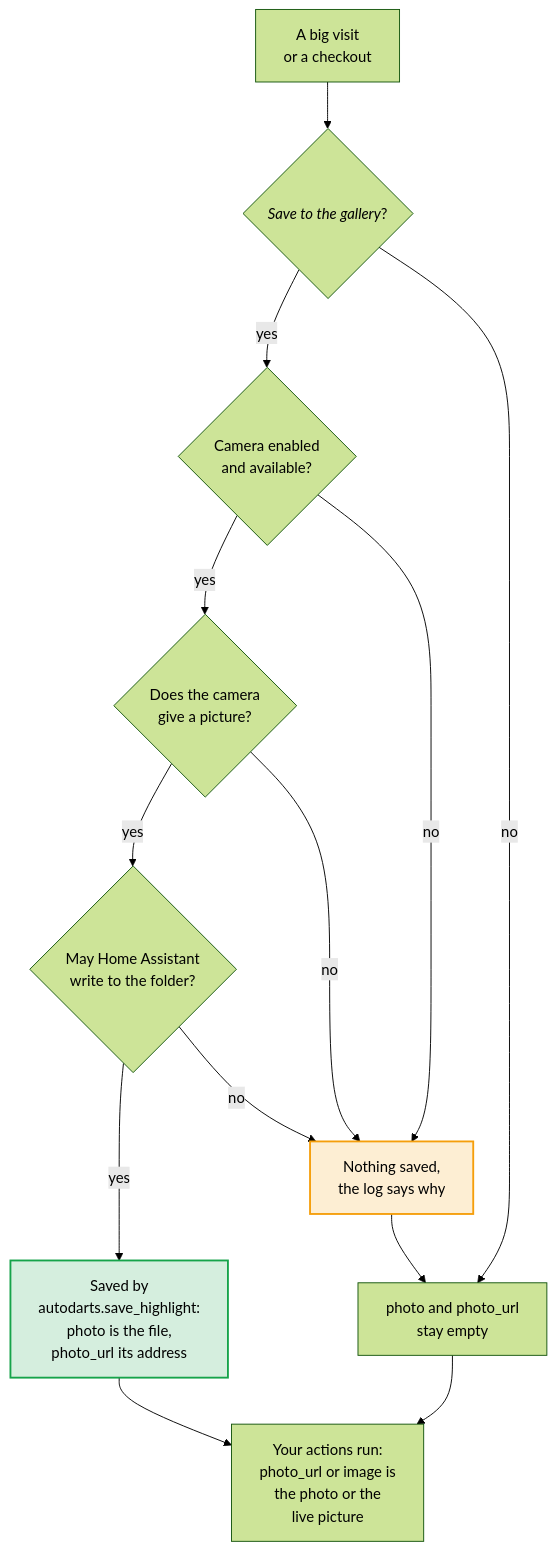
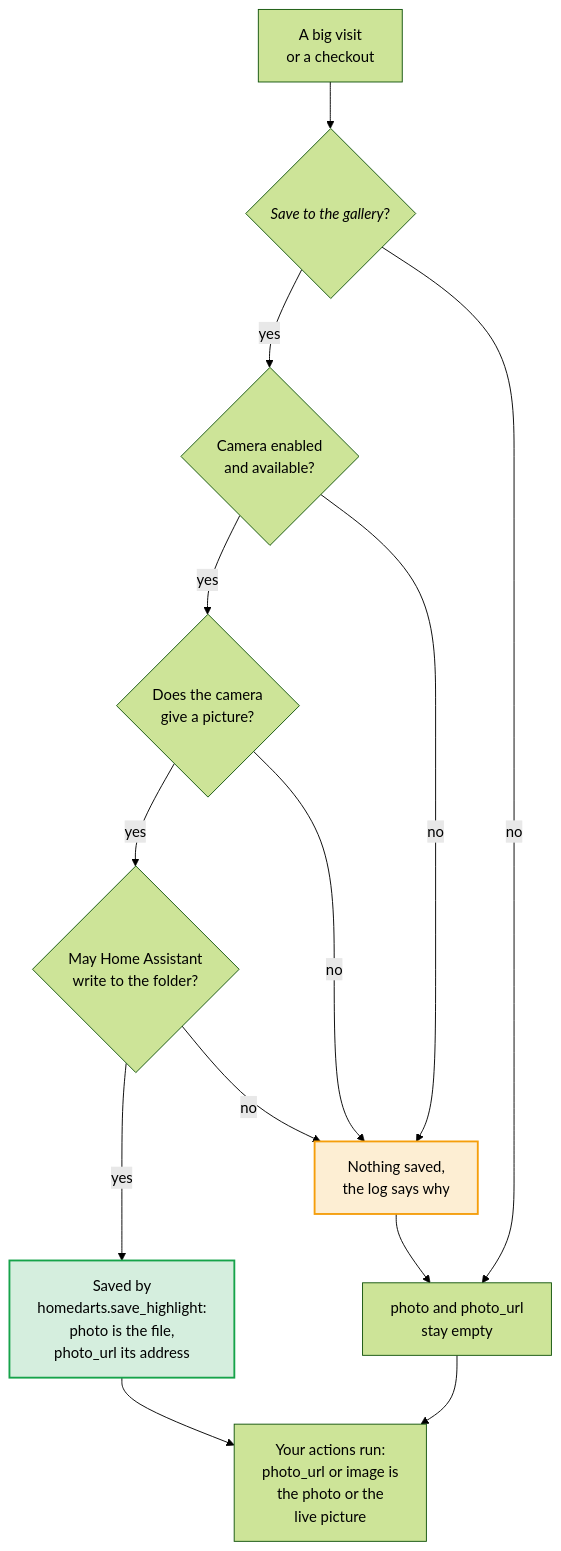
Before and after one commit to Dennis-Otto/ha-autodarts: the diagram in docs/diagrams/highlight-photo.en.mmd, drawn with Mermaid (forest theme). The commit also changed 506 other files, not shown here.

First line of the commit message:
feat!: HomeDarts for Autodarts, a name of its own (#442)

```diff
--- a/docs/diagrams/highlight-photo.en.mmd
+++ b/docs/diagrams/highlight-photo.en.mmd
@@ -1,19 +1,19 @@
 flowchart TB
   accTitle: How the highlight photo saves a photo and what your actions get
-  accDescr: After a big visit or a checkout, the highlight photo waits half a second. With Save to the gallery on, autodarts.save_highlight saves the photo only when the camera entity is enabled and available, the camera gives a picture and Home Assistant may write to the folder; then photo is the saved file and photo_url its address in the media folder. Otherwise nothing is saved, the log says why, and photo and photo_url stay empty, as they do with Save to the gallery off. Your actions run either way, and photo_url or image is the saved photo or the live picture of the camera.
+  accDescr: After a big visit or a checkout, the highlight photo waits half a second. With Save to the gallery on, homedarts.save_highlight saves the photo only when the camera entity is enabled and available, the camera gives a picture and Home Assistant may write to the folder; then photo is the saved file and photo_url its address in the media folder. Otherwise nothing is saved, the log says why, and photo and photo_url stay empty, as they do with Save to the gallery off. Your actions run either way, and photo_url or image is the saved photo or the live picture of the camera.
   MOMENT["A big visit<br/>or a checkout"] --> SAVE{"<i>Save to the gallery</i>?"}
   SAVE -- "yes" --> CAMERA{"Camera enabled<br/>and available?"}
   CAMERA -- "yes" --> PICTURE{"Does the camera<br/>give a picture?"}
   PICTURE -- "yes" --> FOLDER{"May Home Assistant<br/>write to the folder?"}
-  FOLDER -- "yes" --> SAVED["Saved by<br/>autodarts.save_highlight:<br/>photo is the file,<br/>photo_url its address"]
+  FOLDER -- "yes" --> SAVED["Saved by<br/>homedarts.save_highlight:<br/>photo is the file,<br/>photo_url its address"]
   CAMERA -- "no" --> FAILED["Nothing saved,<br/>the log says why"]
   PICTURE -- "no" --> FAILED
   FOLDER -- "no" --> FAILED
   SAVE -- "no" --> EMPTY["photo and photo_url<br/>stay empty"]
   FAILED --> EMPTY
   SAVED --> ACTIONS["Your actions run:<br/>photo_url or image is<br/>the photo or the<br/>live picture"]
   EMPTY --> ACTIONS
   classDef done fill:#16a34a2e,stroke:#16a34a,stroke-width:2px
   classDef warn fill:#f59e0b2e,stroke:#f59e0b,stroke-width:2px
   class SAVED done
   class FAILED warn
```
